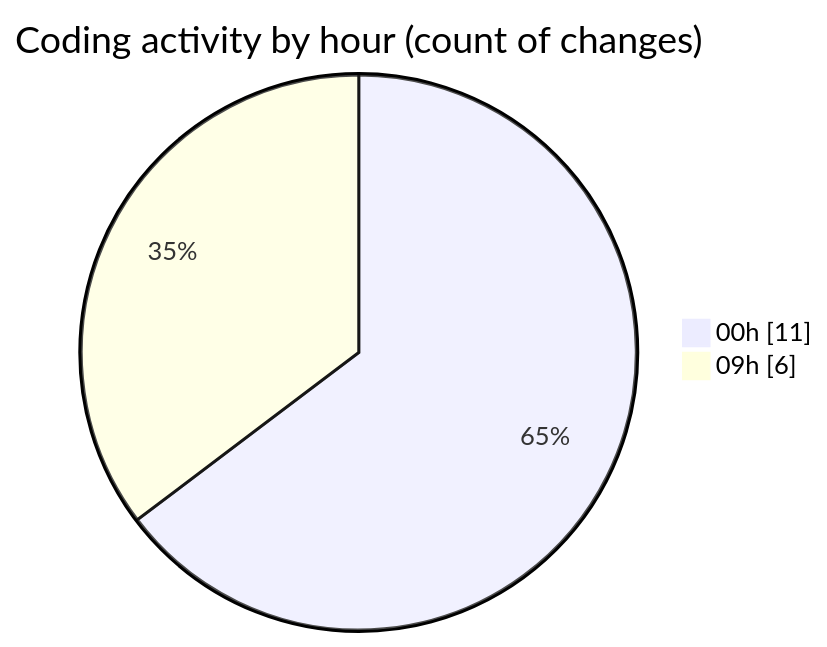
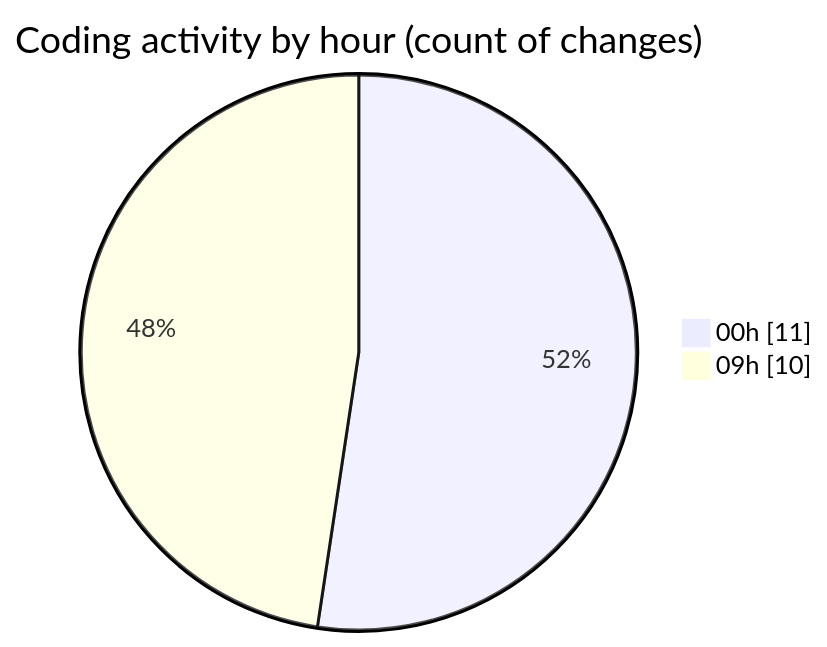
Before and after one commit to momahboobian/code-tracking: the second of 2 diagrams in 2026-09-02/cda/README.md, drawn with Mermaid. The commit also changed other lines of this file and 1 other file, not shown here.

````diff
--- a/2026-09-02/cda/README.md
+++ b/2026-09-02/cda/README.md
@@ -33,6 +33,6 @@
 ```mermaid
 pie showData
 title Coding activity by hour (count of changes)
 "00h" : 11
-"09h" : 6
+"09h" : 10
 ```
````
